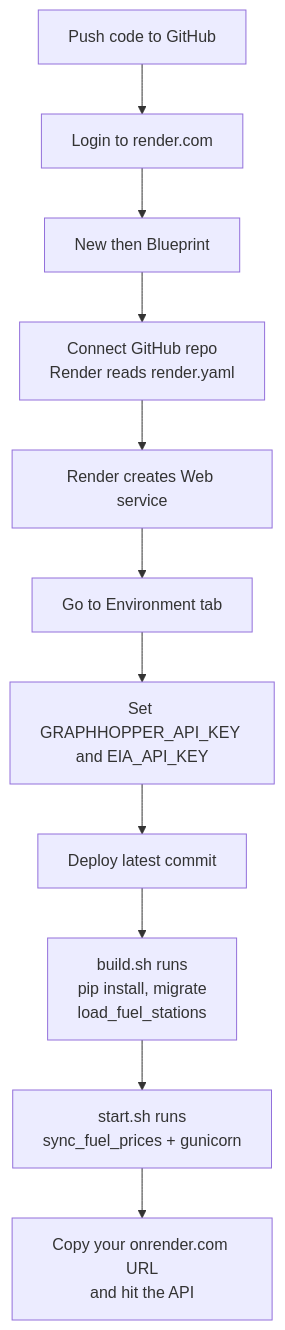
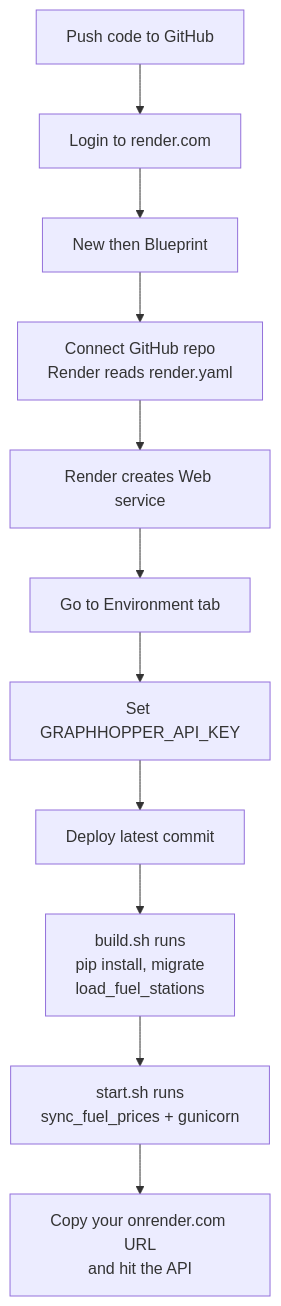
The fourth of 5 diagrams in README.md (Kira714/django-api), drawn with Mermaid before and after one commit. The commit also changed other lines of this file and 9 other files, not shown here.

````diff
--- a/README.md
+++ b/README.md
@@ -373,13 +373,13 @@
 ```mermaid
 flowchart TD
     A[Push code to GitHub] --> B[Login to render.com]
     B --> C[New then Blueprint]
     C --> D[Connect GitHub repo\nRender reads render.yaml]
     D --> E[Render creates Web service]
     E --> F[Go to Environment tab]
-    F --> G[Set GRAPHHOPPER_API_KEY and EIA_API_KEY]
+    F --> G[Set GRAPHHOPPER_API_KEY]
     G --> H[Deploy latest commit]
     H --> I[build.sh runs\npip install, migrate\nload_fuel_stations]
     I --> J[start.sh runs\nsync_fuel_prices + gunicorn]
     J --> K[Copy your onrender.com URL\nand hit the API]
 ```
````
